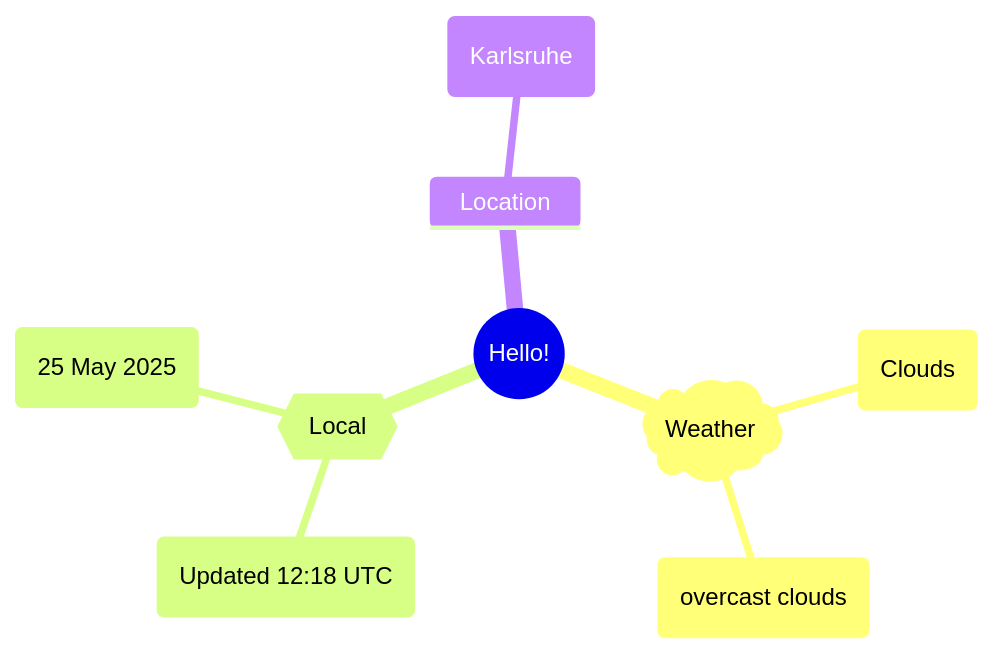
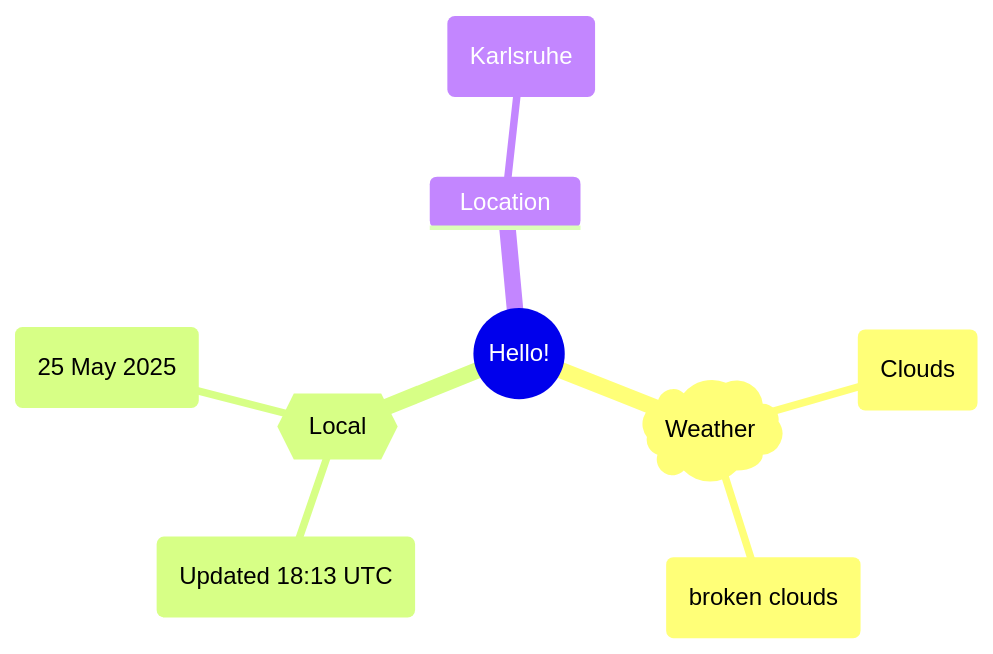
The first of 2 diagrams in README.md (Xosrov/Xosrov), drawn with Mermaid before and after one commit.

Commit message:
[bot] updated images

````diff
--- a/README.md
+++ b/README.md
@@ -3,12 +3,12 @@
 ```mermaid
 mindmap
   root((Hello!))
     )Weather(
         (Clouds)
-        (overcast clouds)
+        (broken clouds)
     {{Local}}
-        (Updated 12:18 UTC)
+        (Updated 18:13 UTC)
         (25 May 2025)
     Location
         (Karlsruhe)
 ```
````
